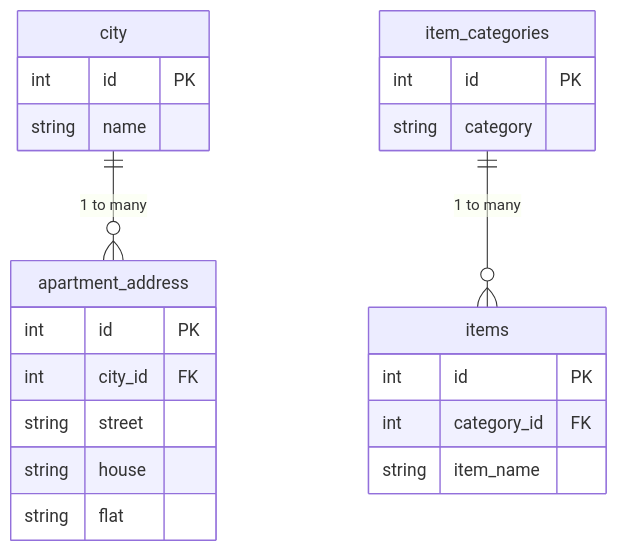
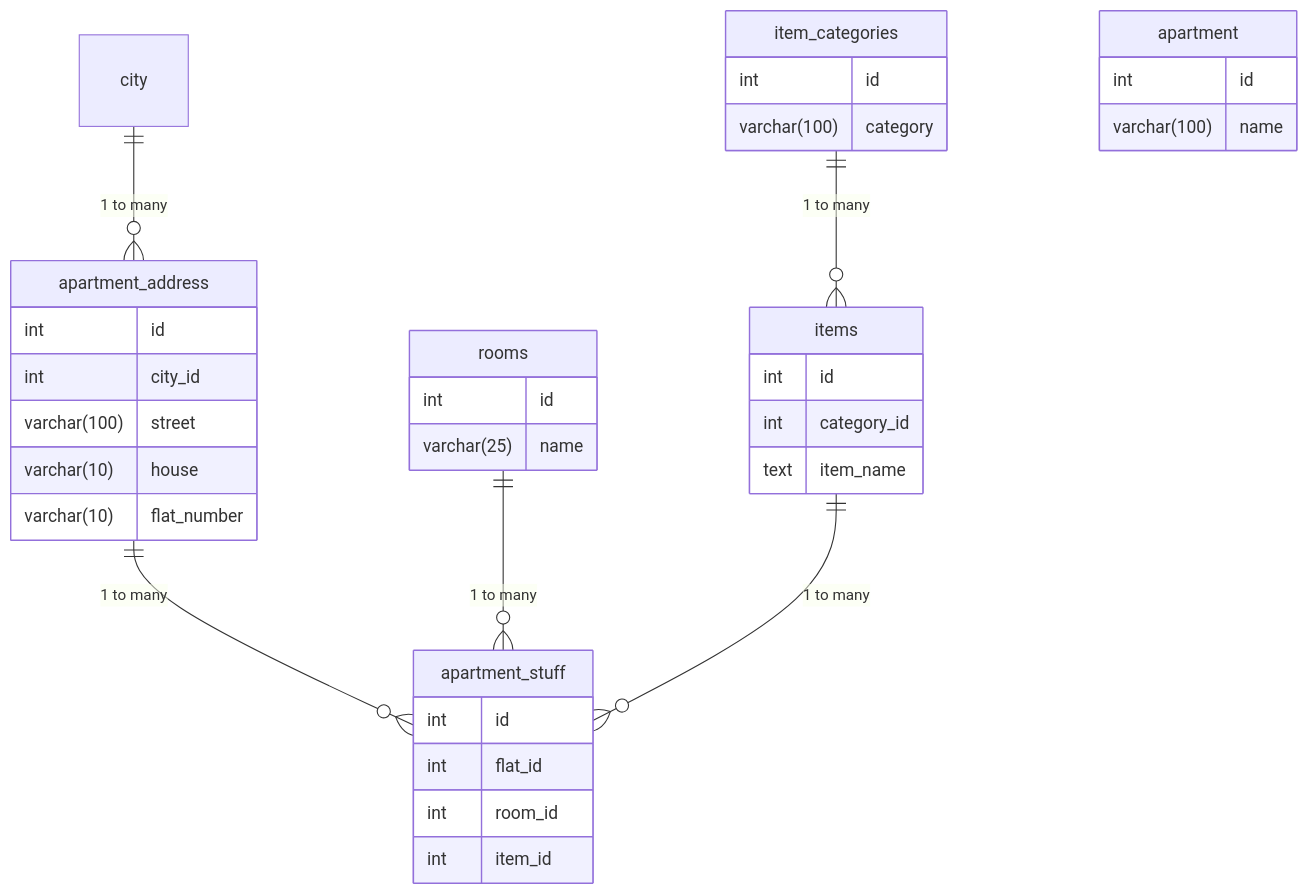
One commit to svmyhome/apartment changed the diagram in readme.md. Above: the diagram before and after it, drawn with Mermaid. The commit also changed other lines of this file, not shown here.

Commit message:
Add database schema to readme.md

````diff
--- a/readme.md
+++ b/readme.md
@@ -37,29 +44,44 @@
 ```mermaid
 erDiagram
     city ||--o{ apartment_address : "1 to many"
+    apartment_address ||--o{ apartment_stuff : "1 to many"
+    rooms ||--o{ apartment_stuff : "1 to many"
+    items ||--o{ apartment_stuff : "1 to many"
     item_categories ||--o{ items : "1 to many"
 
-    city {
-        int id PK
-        string name
+    apartment {
+        int id
+        varchar(100) name
     }
 
     apartment_address {
-        int id PK
-        int city_id FK
-        string street
-        string house
-        string flat
+        int id
+        int city_id
+        varchar(100) street
+        varchar(10) house
+        varchar(10) flat_number
+    }
+
+    rooms {
+        int id
+        varchar(25) name
     }
 
     item_categories {
-        int id PK
-        string category
+        int id
+        varchar(100) category
     }
 
     items {
-        int id PK
-        int category_id FK
-        string item_name
+        int id
+        int category_id
+        text item_name
+    }
+
+    apartment_stuff {
+        int id
+        int flat_id
+        int room_id
+        int item_id
     }
 ```
````
